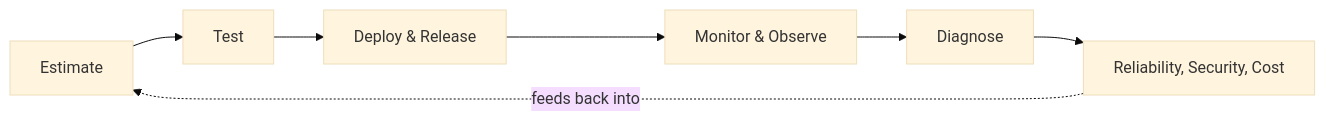
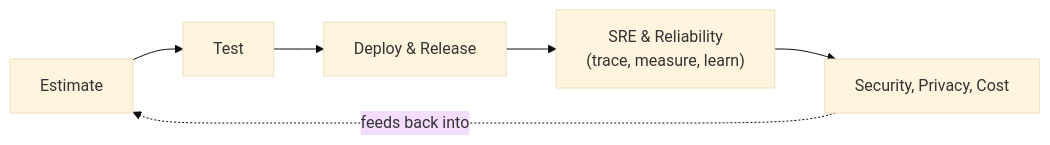
One commit to flynn3103/engineer-knowledge changed the diagram in craftsmanship/on-production/README.md. Above: the diagram before and after it, drawn with Mermaid (base theme). The commit also changed other lines of this file and 40 other files, not shown here.

````diff
--- a/craftsmanship/on-production/README.md
+++ b/craftsmanship/on-production/README.md
@@ -9,9 +9,8 @@
 ```mermaid
 flowchart LR
     Estimate["Estimate"] --> Test["Test"]
     Test --> Deploy["Deploy & Release"]
-    Deploy --> Watch["Monitor & Observe"]
-    Watch --> Diagnose["Diagnose"]
-    Diagnose --> Harden["Reliability, Security, Cost"]
+    Deploy --> Reliability["SRE & Reliability<br/>(trace, measure, learn)"]
+    Reliability --> Harden["Security, Privacy, Cost"]
     Harden -.->|feeds back into| Estimate
 ```
````
